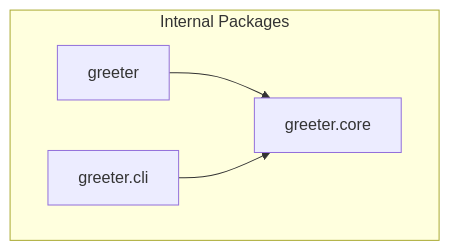
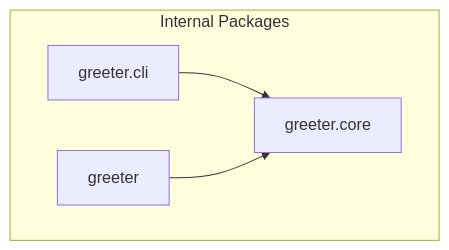
One commit to 0langa/context-crafter-mcp changed the diagram in examples/outputs/DEPENDENCY_GRAPH.md. Above: the diagram before and after it, drawn with Mermaid. The commit also changed other lines of this file and 23 other files, not shown here.

````diff
--- a/examples/outputs/DEPENDENCY_GRAPH.md
+++ b/examples/outputs/DEPENDENCY_GRAPH.md
@@ -13,10 +13,10 @@
 ```mermaid
 graph TD
     subgraph Internal_Packages[Internal Packages]
         greeter["greeter"]
         greeter_cli["greeter.cli"]
         greeter_core["greeter.core"]
     end
+    greeter_cli --> greeter_core
     greeter --> greeter_core
-    greeter_cli --> greeter_core
 ```
````
